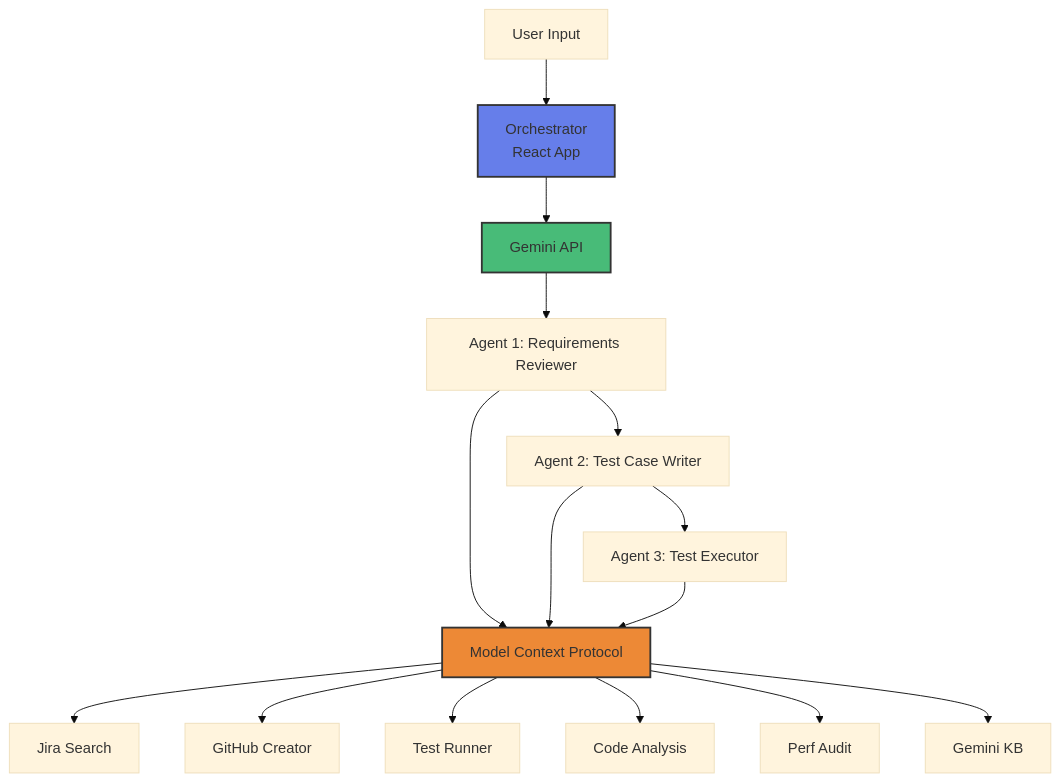
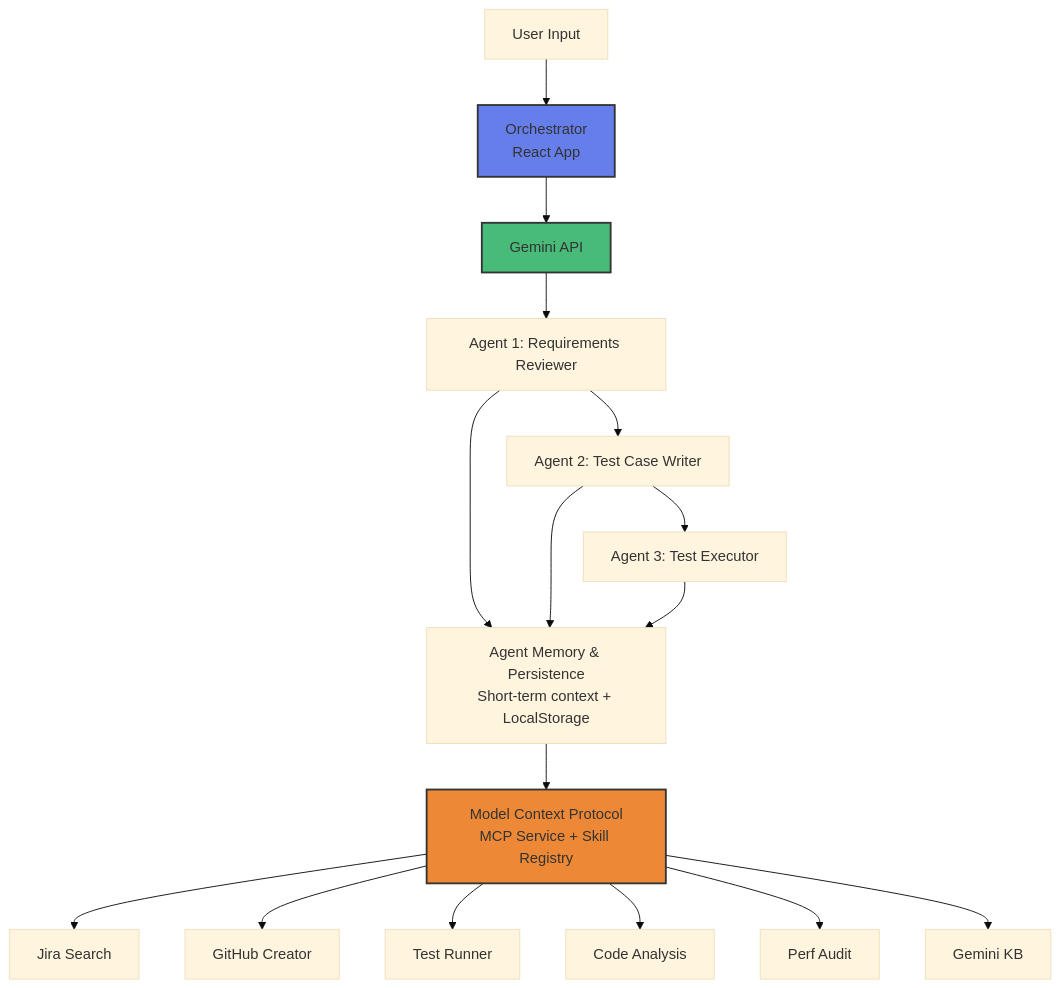
Before and after one commit to darshil0/qa-nexus-autonomous: the diagram in AGENT.md, drawn with Mermaid (base theme). The commit also changed other lines of this file and 2 other files, not shown here.

````diff
--- a/AGENT.md
+++ b/AGENT.md
@@ -31,22 +31,24 @@
 ```mermaid
 graph TD
     Input[User Input] --> Orch[Orchestrator<br/>React App]
     Orch --> API[Gemini API]
 
     API --> A1[Agent 1: Requirements Reviewer]
     A1 --> A2[Agent 2: Test Case Writer]
     A2 --> A3[Agent 3: Test Executor]
 
-    A1 & A2 & A3 --> MCP[Model Context Protocol]
+    A1 & A2 & A3 --> Memory[Agent Memory & Persistence<br/>Short-term context + LocalStorage]
+
+    Memory --> MCP[Model Context Protocol<br/>MCP Service + Skill Registry]
 
     MCP --> Jira[Jira Search]
     MCP --> Git[GitHub Creator]
     MCP --> Run[Test Runner]
     MCP --> Code[Code Analysis]
     MCP --> Perf[Perf Audit]
     MCP --> KB[Gemini KB]
 
     style Orch fill:#667eea,stroke:#333,stroke-width:2px
     style API fill:#48bb78,stroke:#333,stroke-width:2px
     style MCP fill:#ed8936,stroke:#333,stroke-width:2px
 ```
````
